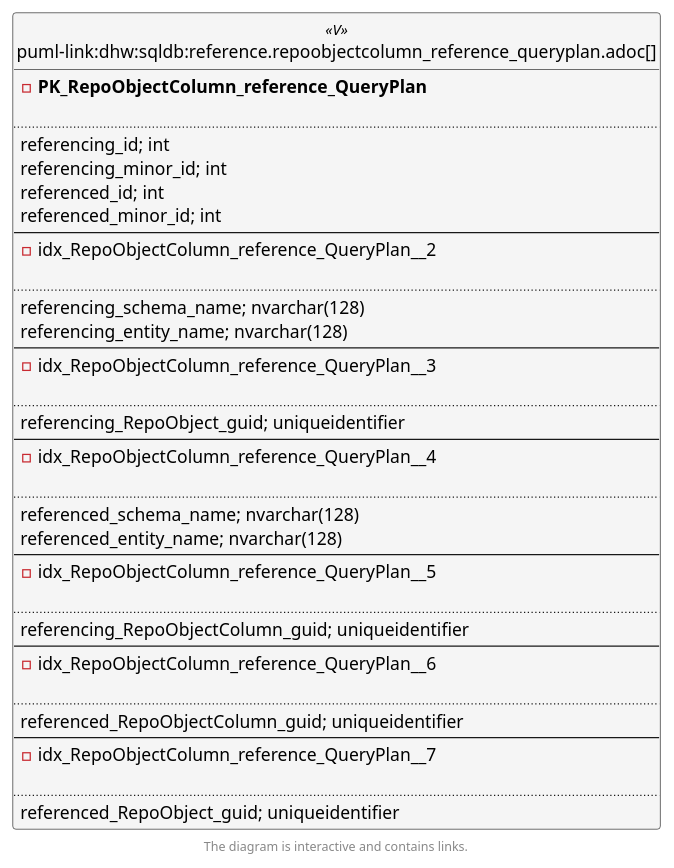
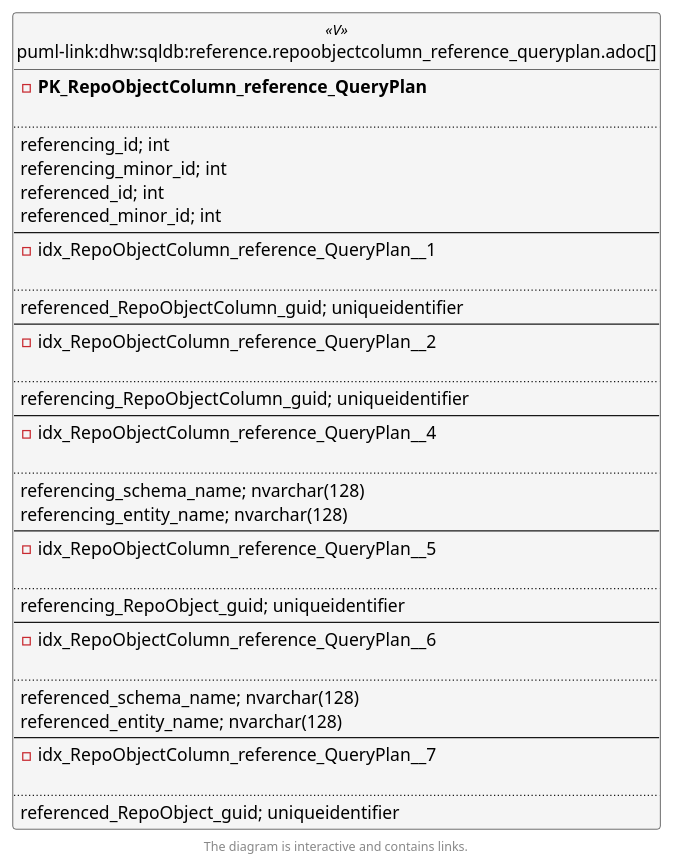
One commit to DataHandwerk/dhw-antora-sqldb changed the second of 6 diagrams in docs/modules/sqldb/partials/content/reference.repoobjectcolumn_reference_queryplan.adoc. Above: the diagram before and after it, drawn with PlantUML. The commit also changed other lines of this file and 701 other files, not shown here.

```diff
--- a/docs/modules/sqldb/partials/content/reference.repoobjectcolumn_reference_queryplan.adoc
+++ b/docs/modules/sqldb/partials/content/reference.repoobjectcolumn_reference_queryplan.adoc
@@ -1224,78 +1224,78 @@
 [plantuml, entity_1_1_fk-{docname}, svg, subs=macros]
 ....
 @startuml
 left to right direction
 'top to bottom direction
 hide circle
 'avoide "." issues:
 set namespaceSeparator none
 
 
 skinparam class {
   BackgroundColor White
   BackgroundColor<<FN>> Yellow
   BackgroundColor<<FS>> Yellow
   BackgroundColor<<FT>> LightGray
   BackgroundColor<<IF>> Yellow
   BackgroundColor<<IS>> Yellow
   BackgroundColor<<P>>  Aqua
   BackgroundColor<<PC>> Aqua
   BackgroundColor<<SN>> Yellow
   BackgroundColor<<SO>> SlateBlue
   BackgroundColor<<TF>> LightGray
   BackgroundColor<<TR>> Tomato
   BackgroundColor<<U>>  White
   BackgroundColor<<V>>  WhiteSmoke
   BackgroundColor<<X>>  Aqua
   BackgroundColor<<external>> AliceBlue
 }
 
 
 entity "puml-link:dhw:sqldb:reference.repoobjectcolumn_reference_queryplan.adoc[]" as reference.RepoObjectColumn_reference_QueryPlan << V >> {
 - **PK_RepoObjectColumn_reference_QueryPlan**
 
 ..
 referencing_id; int
 referencing_minor_id; int
 referenced_id; int
 referenced_minor_id; int
 --
+- idx_RepoObjectColumn_reference_QueryPlan__1
+
+..
+referenced_RepoObjectColumn_guid; uniqueidentifier
+--
 - idx_RepoObjectColumn_reference_QueryPlan__2
+
+..
+referencing_RepoObjectColumn_guid; uniqueidentifier
+--
+- idx_RepoObjectColumn_reference_QueryPlan__4
 
 ..
 referencing_schema_name; nvarchar(128)
 referencing_entity_name; nvarchar(128)
 --
-- idx_RepoObjectColumn_reference_QueryPlan__3
+- idx_RepoObjectColumn_reference_QueryPlan__5
 
 ..
 referencing_RepoObject_guid; uniqueidentifier
 --
-- idx_RepoObjectColumn_reference_QueryPlan__4
+- idx_RepoObjectColumn_reference_QueryPlan__6
 
 ..
 referenced_schema_name; nvarchar(128)
 referenced_entity_name; nvarchar(128)
---
-- idx_RepoObjectColumn_reference_QueryPlan__5
-
-..
-referencing_RepoObjectColumn_guid; uniqueidentifier
---
-- idx_RepoObjectColumn_reference_QueryPlan__6
-
-..
-referenced_RepoObjectColumn_guid; uniqueidentifier
 --
 - idx_RepoObjectColumn_reference_QueryPlan__7
 
 ..
 referenced_RepoObject_guid; uniqueidentifier
 }
 
 
 
 footer The diagram is interactive and contains links.
 
 @enduml
 ....
```
